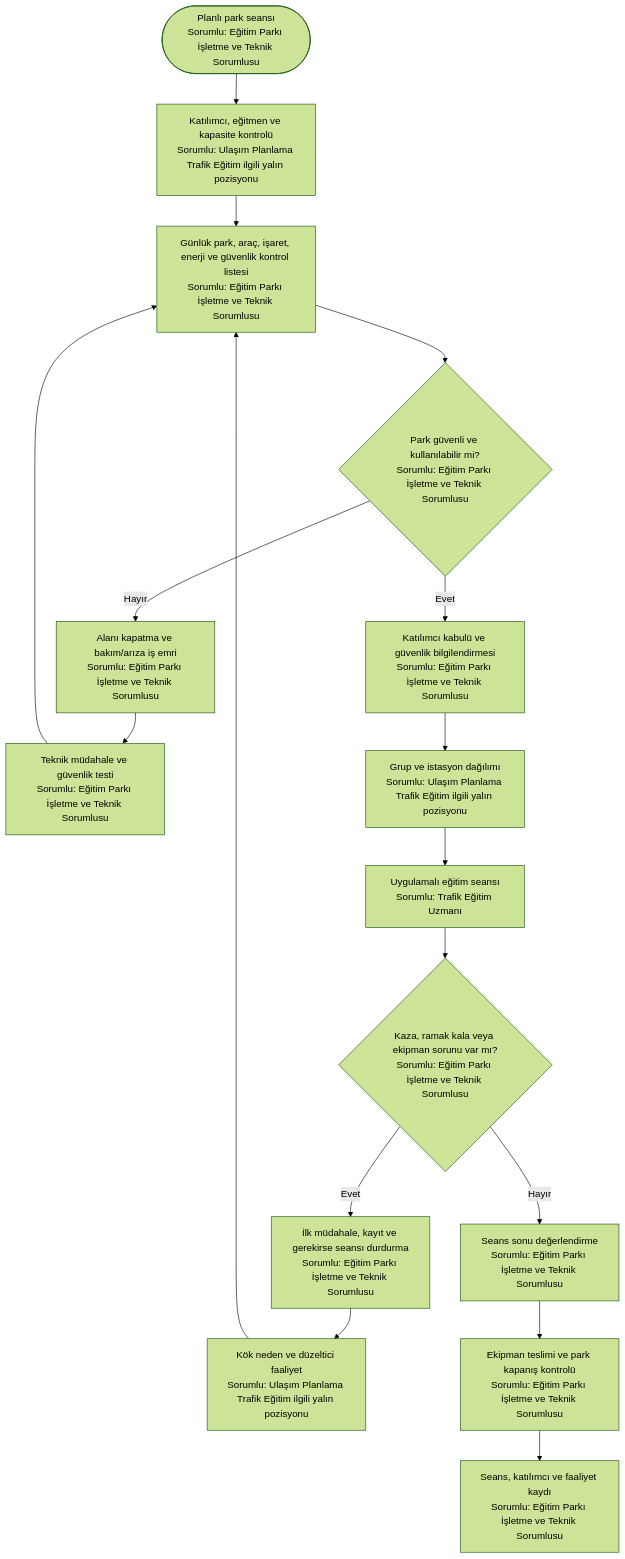
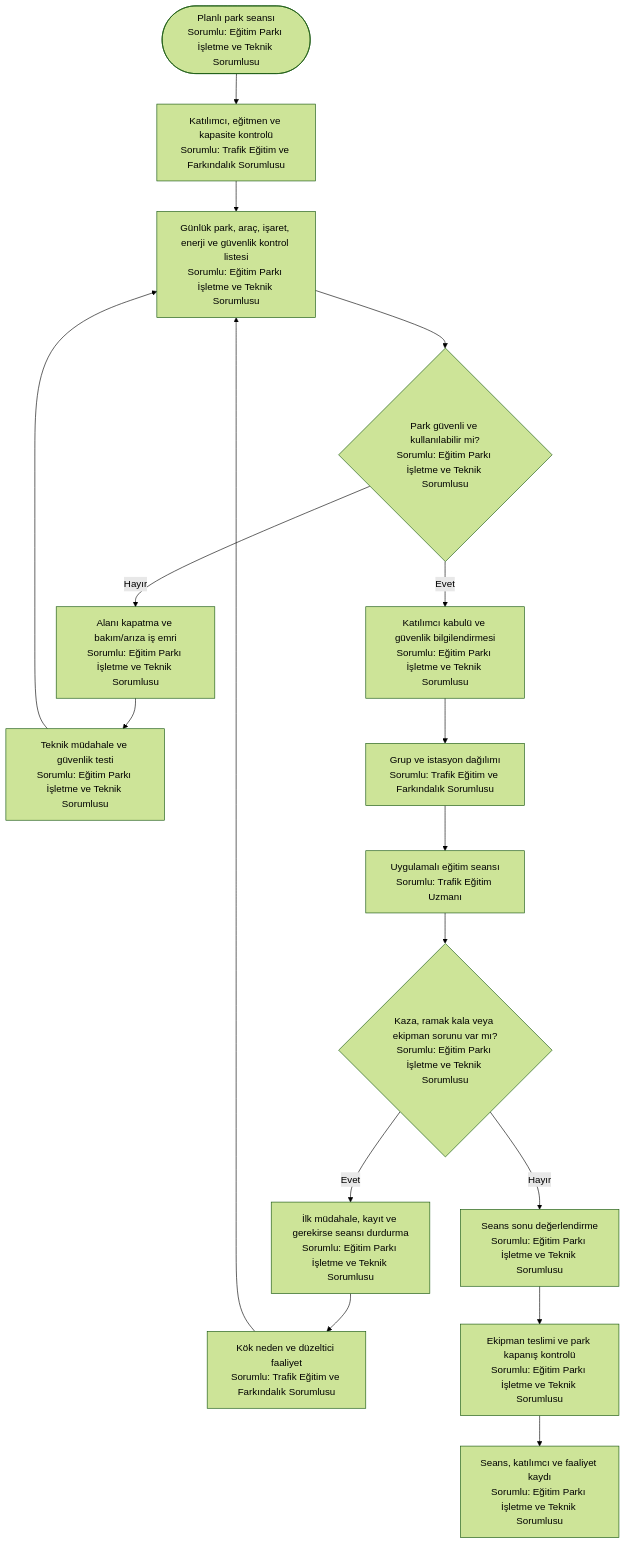
Before and after one commit to merdaergen-create/Ulasim_Dairesi_Is_Analizi: the second of 3 diagrams in 11_yalin_surec_haritalari_sorumlulari_belirtilmis/trafik_egitim/README.md, drawn with Mermaid (forest theme). The commit also changed other lines of this file and 9 other files, not shown here.

Commit message:
Yalın süreç haritalarını koruyarak kesin sorumlu pozisyonları ekle

````diff
--- a/11_yalin_surec_haritalari_sorumlulari_belirtilmis/trafik_egitim/README.md
+++ b/11_yalin_surec_haritalari_sorumlulari_belirtilmis/trafik_egitim/README.md
@@ -45,19 +45,19 @@
 ```mermaid
 flowchart TD
-    A([Planlı park seansı<br/>Sorumlu: Eğitim Parkı İşletme ve Teknik Sorumlusu]) --> B[Katılımcı, eğitmen ve kapasite kontrolü<br/>Sorumlu: Ulaşım Planlama Trafik Eğitim ilgili yalın pozisyonu]
+    A([Planlı park seansı<br/>Sorumlu: Eğitim Parkı İşletme ve Teknik Sorumlusu]) --> B[Katılımcı, eğitmen ve kapasite kontrolü<br/>Sorumlu: Trafik Eğitim ve Farkındalık Sorumlusu]
     B --> C[Günlük park, araç, işaret, enerji ve güvenlik kontrol listesi<br/>Sorumlu: Eğitim Parkı İşletme ve Teknik Sorumlusu]
     C --> D{Park güvenli ve kullanılabilir mi?<br/>Sorumlu: Eğitim Parkı İşletme ve Teknik Sorumlusu}
     D -- Hayır --> E[Alanı kapatma ve bakım/arıza iş emri<br/>Sorumlu: Eğitim Parkı İşletme ve Teknik Sorumlusu]
     E --> F[Teknik müdahale ve güvenlik testi<br/>Sorumlu: Eğitim Parkı İşletme ve Teknik Sorumlusu]
     F --> C
     D -- Evet --> G[Katılımcı kabulü ve güvenlik bilgilendirmesi<br/>Sorumlu: Eğitim Parkı İşletme ve Teknik Sorumlusu]
-    G --> H[Grup ve istasyon dağılımı<br/>Sorumlu: Ulaşım Planlama Trafik Eğitim ilgili yalın pozisyonu]
+    G --> H[Grup ve istasyon dağılımı<br/>Sorumlu: Trafik Eğitim ve Farkındalık Sorumlusu]
     H --> I[Uygulamalı eğitim seansı<br/>Sorumlu: Trafik Eğitim Uzmanı]
     I --> J{Kaza, ramak kala veya ekipman sorunu var mı?<br/>Sorumlu: Eğitim Parkı İşletme ve Teknik Sorumlusu}
     J -- Evet --> K[İlk müdahale, kayıt ve gerekirse seansı durdurma<br/>Sorumlu: Eğitim Parkı İşletme ve Teknik Sorumlusu]
-    K --> L[Kök neden ve düzeltici faaliyet<br/>Sorumlu: Ulaşım Planlama Trafik Eğitim ilgili yalın pozisyonu]
+    K --> L[Kök neden ve düzeltici faaliyet<br/>Sorumlu: Trafik Eğitim ve Farkındalık Sorumlusu]
     L --> C
     J -- Hayır --> M[Seans sonu değerlendirme<br/>Sorumlu: Eğitim Parkı İşletme ve Teknik Sorumlusu]
     M --> N[Ekipman teslimi ve park kapanış kontrolü<br/>Sorumlu: Eğitim Parkı İşletme ve Teknik Sorumlusu]
     N --> O[Seans, katılımcı ve faaliyet kaydı<br/>Sorumlu: Eğitim Parkı İşletme ve Teknik Sorumlusu]
 ```
````
